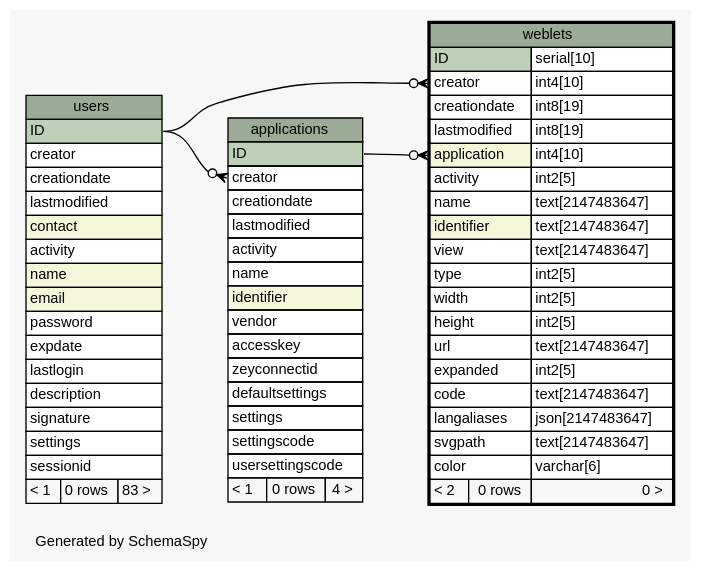
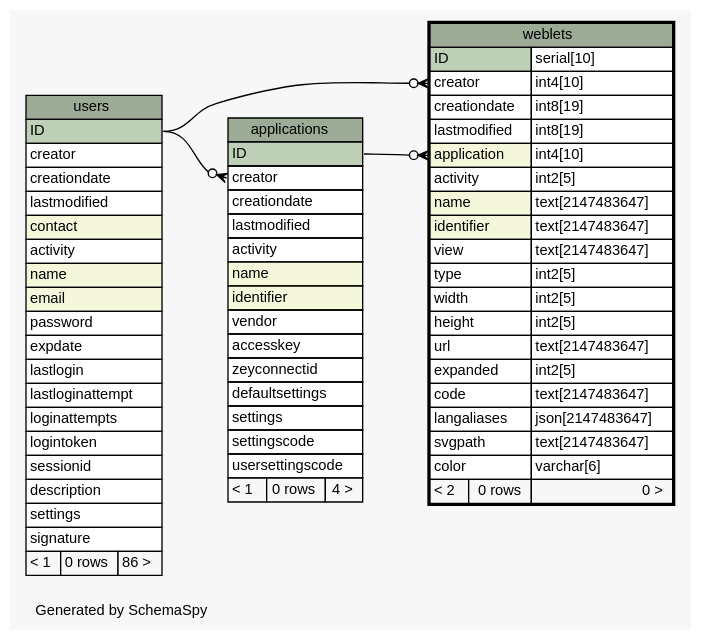
Before and after one commit to zeyosinc/zeyos-schema: the diagram in diagrams/weblets.1degree.dot, drawn with Graphviz. The commit also changed 314 other files, not shown here.

```diff
--- a/diagrams/weblets.1degree.dot
+++ b/diagrams/weblets.1degree.dot
@@ -1,99 +1,102 @@
-// dot 2.38.0 on Windows 8.1 6.3
+// dot 2.38.0 on Mac OS X 10.11.2
 // SchemaSpy rev 590
 digraph "oneDegreeRelationshipsDiagram" {
   graph [
     rankdir="RL"
     bgcolor="#f7f7f7"
     label="\nGenerated by SchemaSpy"
     labeljust="l"
     nodesep="0.18"
     ranksep="0.46"
     fontname="Helvetica"
     fontsize="11"
   ];
   node [
     fontname="Helvetica"
     fontsize="11"
     shape="plaintext"
   ];
   edge [
     arrowsize="0.8"
   ];
   "applications":"creator":w -> "users":"ID":e [arrowhead=none dir=back arrowtail=crowodot];
   "weblets":"application":w -> "applications":"ID":e [arrowhead=none dir=back arrowtail=crowodot];
   "weblets":"creator":w -> "users":"ID":e [arrowhead=none dir=back arrowtail=crowodot];
   "applications" [
     label=<
     <TABLE BORDER="0" CELLBORDER="1" CELLSPACING="0" BGCOLOR="#ffffff">
       <TR><TD COLSPAN="3" BGCOLOR="#9bab96" ALIGN="CENTER">applications</TD></TR>
       <TR><TD PORT="ID" COLSPAN="3" BGCOLOR="#bed1b8" ALIGN="LEFT">ID</TD></TR>
       <TR><TD PORT="creator" COLSPAN="3" ALIGN="LEFT">creator</TD></TR>
       <TR><TD PORT="creationdate" COLSPAN="3" ALIGN="LEFT">creationdate</TD></TR>
       <TR><TD PORT="lastmodified" COLSPAN="3" ALIGN="LEFT">lastmodified</TD></TR>
       <TR><TD PORT="activity" COLSPAN="3" ALIGN="LEFT">activity</TD></TR>
-      <TR><TD PORT="name" COLSPAN="3" ALIGN="LEFT">name</TD></TR>
+      <TR><TD PORT="name" COLSPAN="3" BGCOLOR="#f4f7da" ALIGN="LEFT">name</TD></TR>
       <TR><TD PORT="identifier" COLSPAN="3" BGCOLOR="#f4f7da" ALIGN="LEFT">identifier</TD></TR>
       <TR><TD PORT="vendor" COLSPAN="3" ALIGN="LEFT">vendor</TD></TR>
       <TR><TD PORT="accesskey" COLSPAN="3" ALIGN="LEFT">accesskey</TD></TR>
       <TR><TD PORT="zeyconnectid" COLSPAN="3" ALIGN="LEFT">zeyconnectid</TD></TR>
       <TR><TD PORT="defaultsettings" COLSPAN="3" ALIGN="LEFT">defaultsettings</TD></TR>
       <TR><TD PORT="settings" COLSPAN="3" ALIGN="LEFT">settings</TD></TR>
       <TR><TD PORT="settingscode" COLSPAN="3" ALIGN="LEFT">settingscode</TD></TR>
       <TR><TD PORT="usersettingscode" COLSPAN="3" ALIGN="LEFT">usersettingscode</TD></TR>
       <TR><TD ALIGN="LEFT" BGCOLOR="#f7f7f7">&lt; 1</TD><TD ALIGN="RIGHT" BGCOLOR="#f7f7f7">0 rows</TD><TD ALIGN="RIGHT" BGCOLOR="#f7f7f7">4 &gt;</TD></TR>
     </TABLE>>
     URL="applications.html"
     tooltip="applications"
   ];
   "users" [
     label=<
     <TABLE BORDER="0" CELLBORDER="1" CELLSPACING="0" BGCOLOR="#ffffff">
       <TR><TD COLSPAN="3" BGCOLOR="#9bab96" ALIGN="CENTER">users</TD></TR>
       <TR><TD PORT="ID" COLSPAN="3" BGCOLOR="#bed1b8" ALIGN="LEFT">ID</TD></TR>
       <TR><TD PORT="creator" COLSPAN="3" ALIGN="LEFT">creator</TD></TR>
       <TR><TD PORT="creationdate" COLSPAN="3" ALIGN="LEFT">creationdate</TD></TR>
       <TR><TD PORT="lastmodified" COLSPAN="3" ALIGN="LEFT">lastmodified</TD></TR>
       <TR><TD PORT="contact" COLSPAN="3" BGCOLOR="#f4f7da" ALIGN="LEFT">contact</TD></TR>
       <TR><TD PORT="activity" COLSPAN="3" ALIGN="LEFT">activity</TD></TR>
       <TR><TD PORT="name" COLSPAN="3" BGCOLOR="#f4f7da" ALIGN="LEFT">name</TD></TR>
       <TR><TD PORT="email" COLSPAN="3" BGCOLOR="#f4f7da" ALIGN="LEFT">email</TD></TR>
       <TR><TD PORT="password" COLSPAN="3" ALIGN="LEFT">password</TD></TR>
       <TR><TD PORT="expdate" COLSPAN="3" ALIGN="LEFT">expdate</TD></TR>
       <TR><TD PORT="lastlogin" COLSPAN="3" ALIGN="LEFT">lastlogin</TD></TR>
+      <TR><TD PORT="lastloginattempt" COLSPAN="3" ALIGN="LEFT">lastloginattempt</TD></TR>
+      <TR><TD PORT="loginattempts" COLSPAN="3" ALIGN="LEFT">loginattempts</TD></TR>
+      <TR><TD PORT="logintoken" COLSPAN="3" ALIGN="LEFT">logintoken</TD></TR>
+      <TR><TD PORT="sessionid" COLSPAN="3" ALIGN="LEFT">sessionid</TD></TR>
       <TR><TD PORT="description" COLSPAN="3" ALIGN="LEFT">description</TD></TR>
+      <TR><TD PORT="settings" COLSPAN="3" ALIGN="LEFT">settings</TD></TR>
       <TR><TD PORT="signature" COLSPAN="3" ALIGN="LEFT">signature</TD></TR>
-      <TR><TD PORT="settings" COLSPAN="3" ALIGN="LEFT">settings</TD></TR>
-      <TR><TD PORT="sessionid" COLSPAN="3" ALIGN="LEFT">sessionid</TD></TR>
-      <TR><TD ALIGN="LEFT" BGCOLOR="#f7f7f7">&lt; 1</TD><TD ALIGN="RIGHT" BGCOLOR="#f7f7f7">0 rows</TD><TD ALIGN="RIGHT" BGCOLOR="#f7f7f7">83 &gt;</TD></TR>
+      <TR><TD ALIGN="LEFT" BGCOLOR="#f7f7f7">&lt; 1</TD><TD ALIGN="RIGHT" BGCOLOR="#f7f7f7">0 rows</TD><TD ALIGN="RIGHT" BGCOLOR="#f7f7f7">86 &gt;</TD></TR>
     </TABLE>>
     URL="users.html"
     tooltip="users"
   ];
   "weblets" [
     label=<
     <TABLE BORDER="2" CELLBORDER="1" CELLSPACING="0" BGCOLOR="#ffffff">
       <TR><TD COLSPAN="3" BGCOLOR="#9bab96" ALIGN="CENTER">weblets</TD></TR>
       <TR><TD PORT="ID" COLSPAN="2" BGCOLOR="#bed1b8" ALIGN="LEFT">ID</TD><TD PORT="ID.type" ALIGN="LEFT">serial[10]</TD></TR>
       <TR><TD PORT="creator" COLSPAN="2" ALIGN="LEFT">creator</TD><TD PORT="creator.type" ALIGN="LEFT">int4[10]</TD></TR>
       <TR><TD PORT="creationdate" COLSPAN="2" ALIGN="LEFT">creationdate</TD><TD PORT="creationdate.type" ALIGN="LEFT">int8[19]</TD></TR>
       <TR><TD PORT="lastmodified" COLSPAN="2" ALIGN="LEFT">lastmodified</TD><TD PORT="lastmodified.type" ALIGN="LEFT">int8[19]</TD></TR>
       <TR><TD PORT="application" COLSPAN="2" BGCOLOR="#f4f7da" ALIGN="LEFT">application</TD><TD PORT="application.type" ALIGN="LEFT">int4[10]</TD></TR>
       <TR><TD PORT="activity" COLSPAN="2" ALIGN="LEFT">activity</TD><TD PORT="activity.type" ALIGN="LEFT">int2[5]</TD></TR>
-      <TR><TD PORT="name" COLSPAN="2" ALIGN="LEFT">name</TD><TD PORT="name.type" ALIGN="LEFT">text[2147483647]</TD></TR>
+      <TR><TD PORT="name" COLSPAN="2" BGCOLOR="#f4f7da" ALIGN="LEFT">name</TD><TD PORT="name.type" ALIGN="LEFT">text[2147483647]</TD></TR>
       <TR><TD PORT="identifier" COLSPAN="2" BGCOLOR="#f4f7da" ALIGN="LEFT">identifier</TD><TD PORT="identifier.type" ALIGN="LEFT">text[2147483647]</TD></TR>
       <TR><TD PORT="view" COLSPAN="2" ALIGN="LEFT">view</TD><TD PORT="view.type" ALIGN="LEFT">text[2147483647]</TD></TR>
       <TR><TD PORT="type" COLSPAN="2" ALIGN="LEFT">type</TD><TD PORT="type.type" ALIGN="LEFT">int2[5]</TD></TR>
       <TR><TD PORT="width" COLSPAN="2" ALIGN="LEFT">width</TD><TD PORT="width.type" ALIGN="LEFT">int2[5]</TD></TR>
       <TR><TD PORT="height" COLSPAN="2" ALIGN="LEFT">height</TD><TD PORT="height.type" ALIGN="LEFT">int2[5]</TD></TR>
       <TR><TD PORT="url" COLSPAN="2" ALIGN="LEFT">url</TD><TD PORT="url.type" ALIGN="LEFT">text[2147483647]</TD></TR>
       <TR><TD PORT="expanded" COLSPAN="2" ALIGN="LEFT">expanded</TD><TD PORT="expanded.type" ALIGN="LEFT">int2[5]</TD></TR>
       <TR><TD PORT="code" COLSPAN="2" ALIGN="LEFT">code</TD><TD PORT="code.type" ALIGN="LEFT">text[2147483647]</TD></TR>
       <TR><TD PORT="langaliases" COLSPAN="2" ALIGN="LEFT">langaliases</TD><TD PORT="langaliases.type" ALIGN="LEFT">json[2147483647]</TD></TR>
       <TR><TD PORT="svgpath" COLSPAN="2" ALIGN="LEFT">svgpath</TD><TD PORT="svgpath.type" ALIGN="LEFT">text[2147483647]</TD></TR>
       <TR><TD PORT="color" COLSPAN="2" ALIGN="LEFT">color</TD><TD PORT="color.type" ALIGN="LEFT">varchar[6]</TD></TR>
       <TR><TD ALIGN="LEFT" BGCOLOR="#f7f7f7">&lt; 2</TD><TD ALIGN="RIGHT" BGCOLOR="#f7f7f7">0 rows</TD><TD ALIGN="RIGHT" BGCOLOR="#f7f7f7">0 &gt;</TD></TR>
     </TABLE>>
     URL="weblets.html"
     tooltip="weblets"
   ];
 }
```
